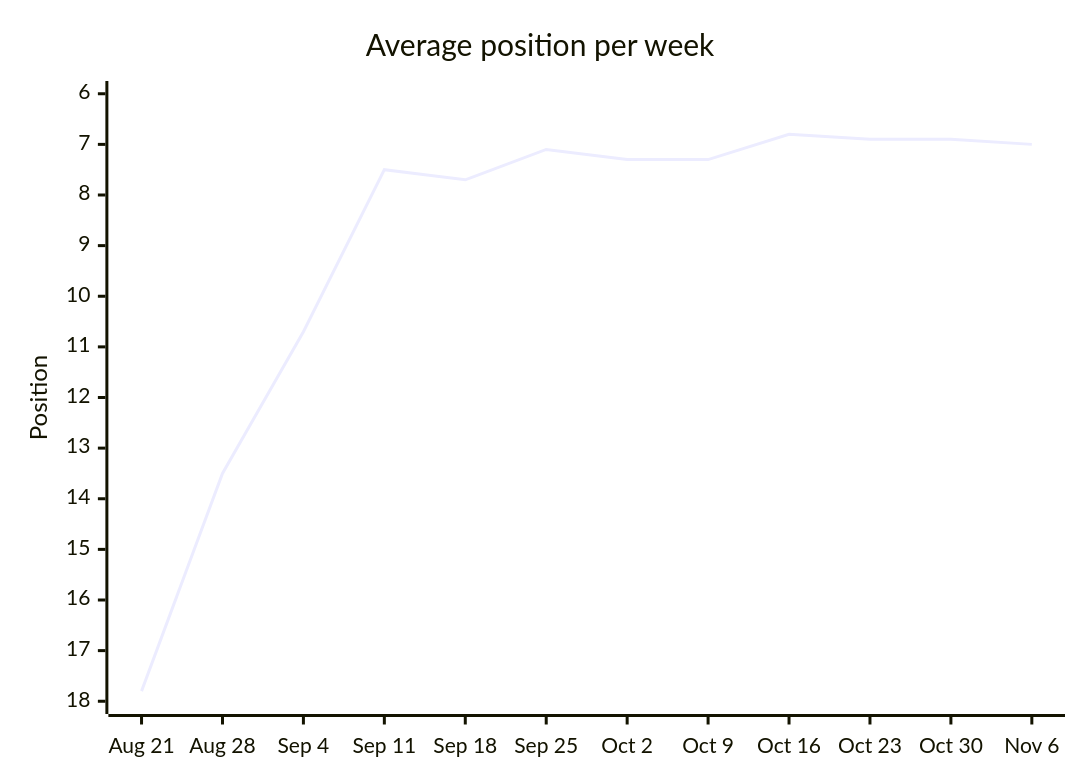
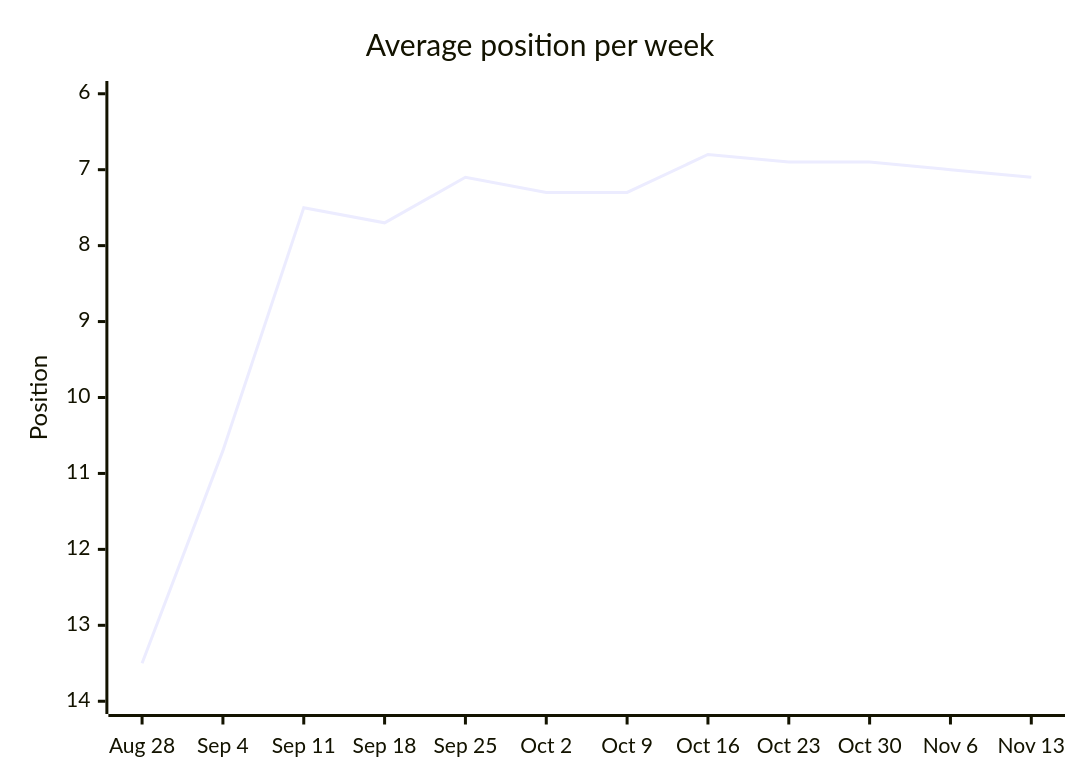
The third of 13 diagrams in latest.md (langx/website), drawn with Mermaid before and after one commit. The commit also changed other lines of this file and 2 other files, not shown here.

````diff
--- a/latest.md
+++ b/latest.md
@@ -38,7 +38,7 @@
 ```mermaid
 xychart-beta
   title "Average position per week"
-  x-axis ["Aug 21", "Aug 28", "Sep 4", "Sep 11", "Sep 18", "Sep 25", "Oct 2", "Oct 9", "Oct 16", "Oct 23", "Oct 30", "Nov 6"]
-  y-axis "Position" 18 --> 6
-  line [17.8, 13.5, 10.7, 7.5, 7.7, 7.1, 7.3, 7.3, 6.8, 6.9, 6.9, 7]
+  x-axis ["Aug 28", "Sep 4", "Sep 11", "Sep 18", "Sep 25", "Oct 2", "Oct 9", "Oct 16", "Oct 23", "Oct 30", "Nov 6", "Nov 13"]
+  y-axis "Position" 14 --> 6
+  line [13.5, 10.7, 7.5, 7.7, 7.1, 7.3, 7.3, 6.8, 6.9, 6.9, 7, 7.1]
 ```
````
